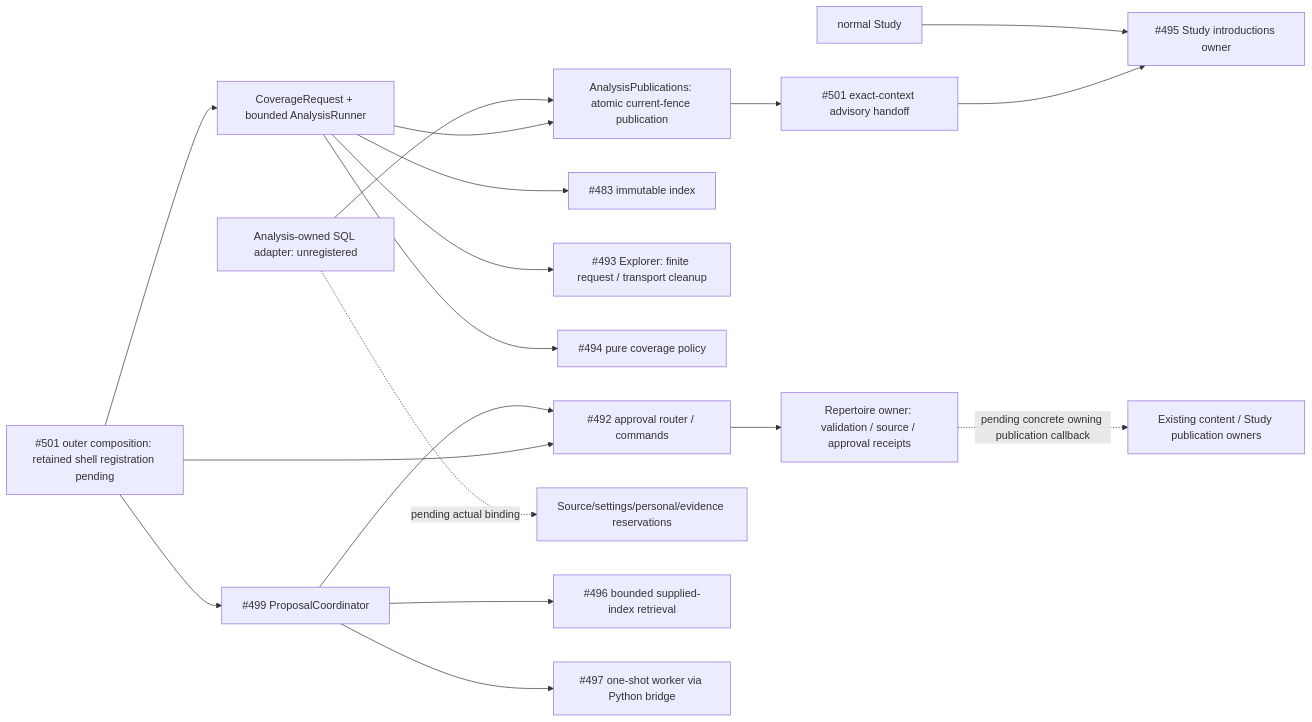
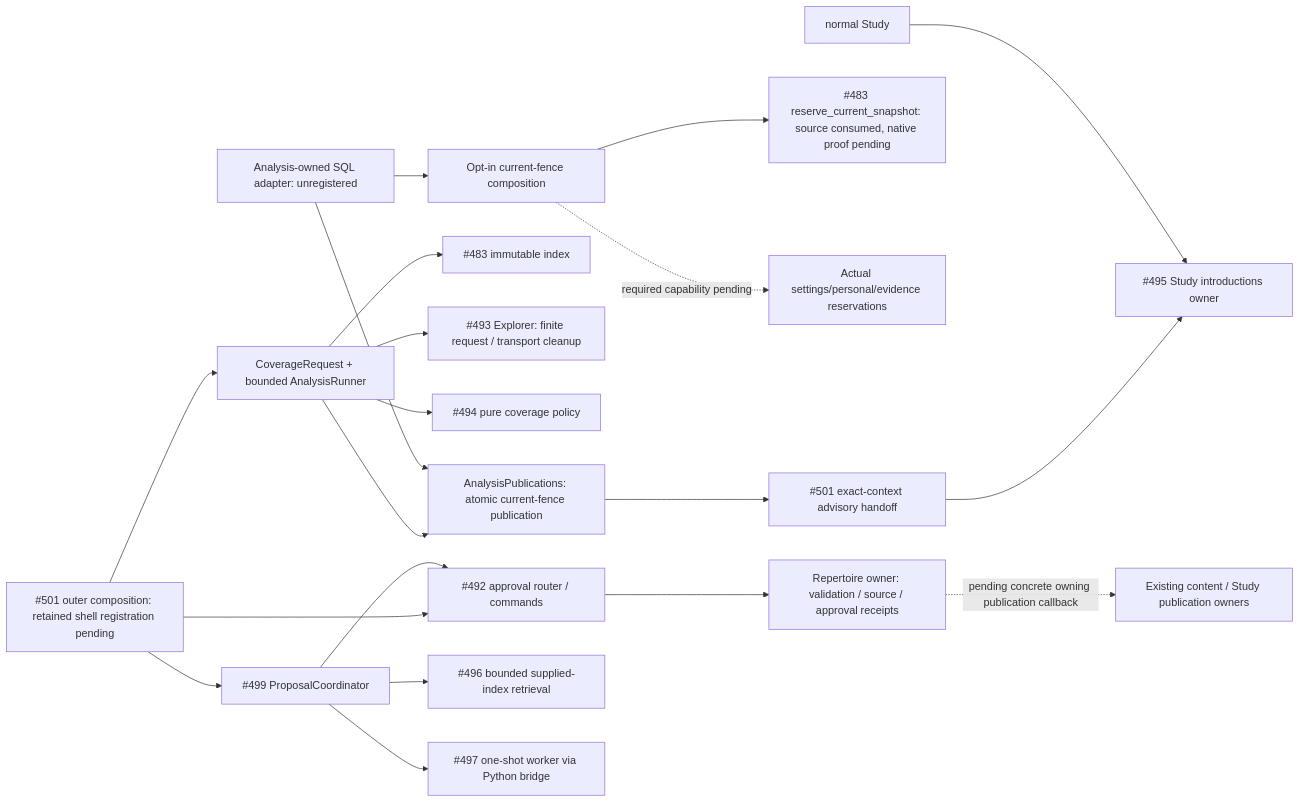
Before and after one commit to aaweaver-actuary/tempo: the diagram in backend/app/analysis/jobs/README.md, drawn with Mermaid. The commit also changed other lines of this file and 4 other files, not shown here.

Commit message:
Wire reserved repertoire facts into optional Analysis publication fence

````diff
--- a/backend/app/analysis/jobs/README.md
+++ b/backend/app/analysis/jobs/README.md
@@ -106,20 +111,22 @@
 ```mermaid
 flowchart LR
   Root["#501 outer composition: retained shell registration pending"] --> C["#492 approval router / commands"]
   C --> Repertoire["Repertoire owner: validation / source / approval receipts"]
   Root --> Work["CoverageRequest + bounded AnalysisRunner"]
   Work --> Index["#483 immutable index"]
   Work --> Explorer["#493 Explorer: finite request / transport cleanup"]
   Work --> Ranking["#494 pure coverage policy"]
   Work --> Store["AnalysisPublications: atomic current-fence publication"]
   Adapter["Analysis-owned SQL adapter: unregistered"] --> Store
-  Adapter -. "pending actual binding" .-> OwnerFence["Source/settings/personal/evidence reservations"]
+  Adapter --> OwnerFence["Opt-in current-fence composition"]
+  OwnerFence --> SourceFence["#483 reserve_current_snapshot: source consumed, native proof pending"]
+  OwnerFence -. "required capability pending" .-> AnalysisFence["Actual settings/personal/evidence reservations"]
   Store --> Acceptance["#501 exact-context advisory handoff"]
   Acceptance --> Intro["#495 Study introductions owner"]
   Study["normal Study"] --> Intro
   Repertoire -. "pending concrete owning publication callback" .-> Content["Existing content / Study publication owners"]
   Root --> Repairs["#499 ProposalCoordinator"]
   Repairs --> Similarity["#496 bounded supplied-index retrieval"]
   Repairs --> Engine["#497 one-shot worker via Python bridge"]
   Repairs --> C
 ```
````
